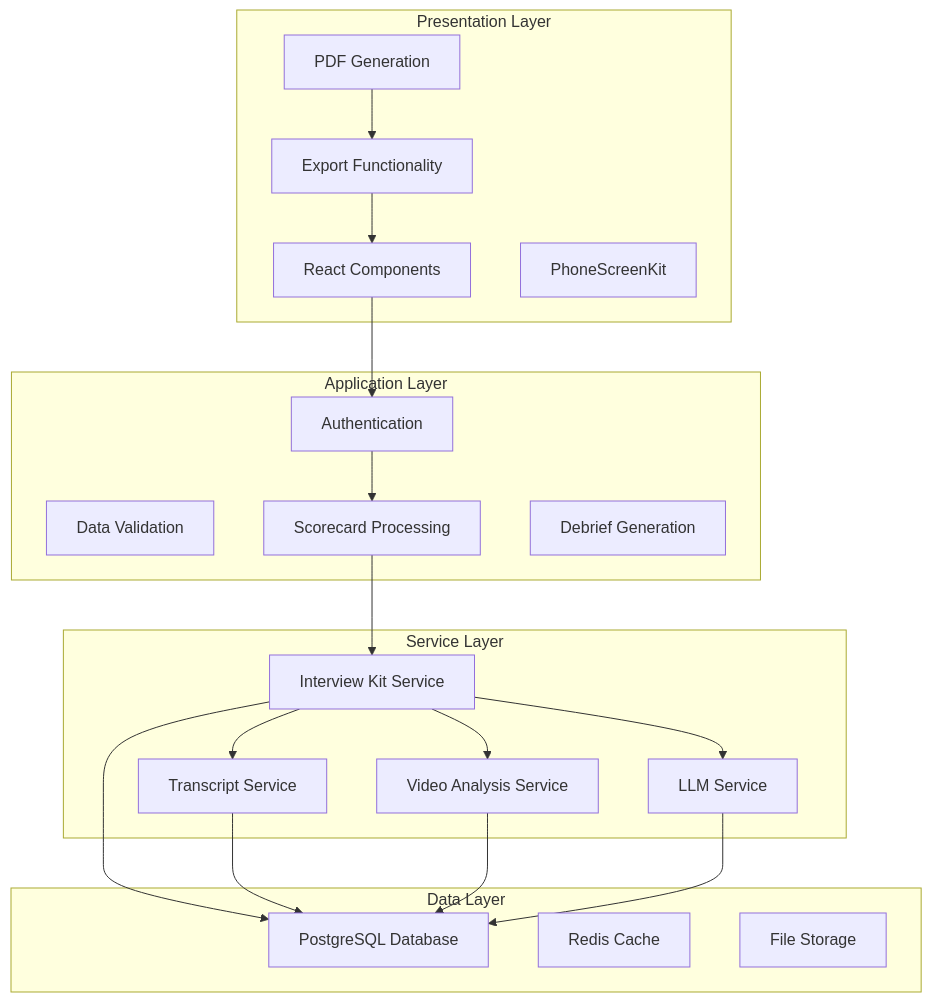
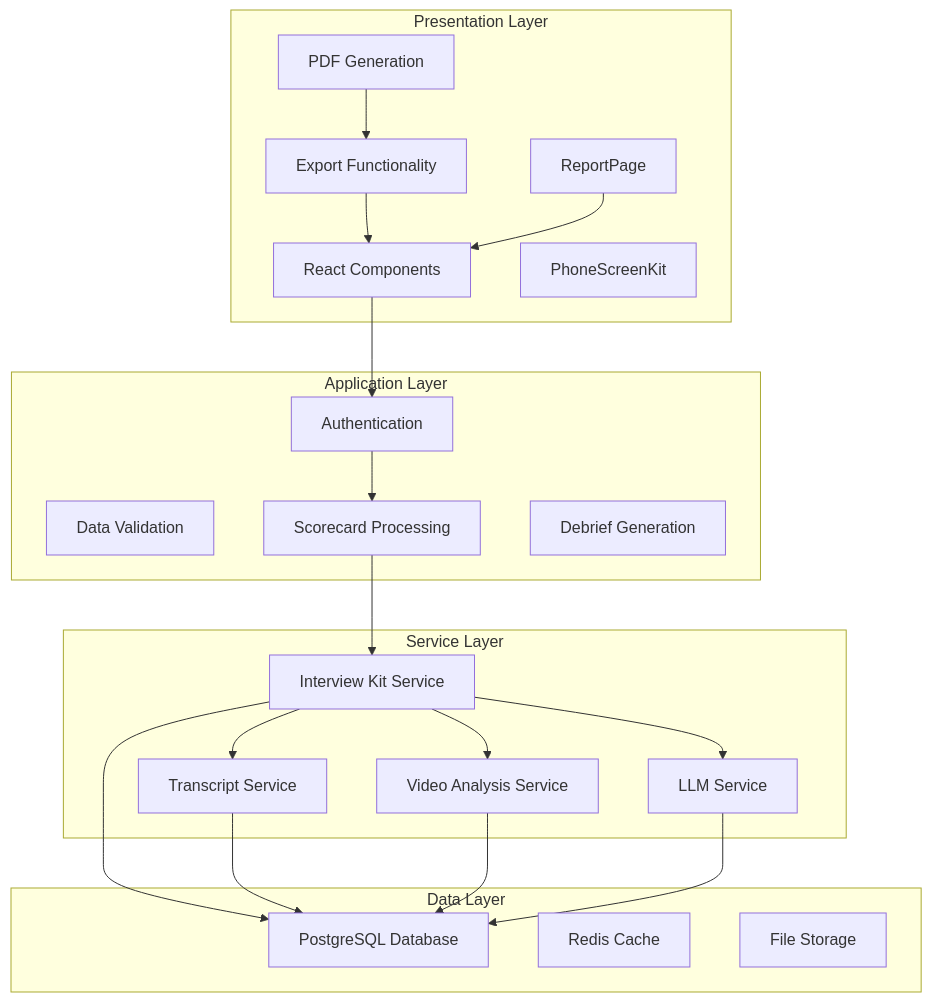
The third of 10 diagrams in .qoder/repowiki/en/content/Frontend Architecture/Component Library/Interview Scorecard Component.md (Revanththetalogics/aireume), drawn with Mermaid before and after one commit. The commit also changed other lines of this file and 69 other files, not shown here.

````diff
--- a/.qoder/repowiki/en/content/Frontend Architecture/Component Library/Interview Scorecard Component.md
+++ b/.qoder/repowiki/en/content/Frontend Architecture/Component Library/Interview Scorecard Component.md
@@ -182,38 +191,40 @@
 ```mermaid
 graph TB
 subgraph "Presentation Layer"
 UI[React Components]
 PDF[PDF Generation]
 Export[Export Functionality]
 PSK[PhoneScreenKit]
+RP[ReportPage]
 end
 subgraph "Application Layer"
 Auth[Authentication]
 Validation[Data Validation]
 Processing[Scorecard Processing]
 DebriefGen[Debrief Generation]
 end
 subgraph "Service Layer"
 InterviewKit[Interview Kit Service]
 TranscriptAnalysis[Transcript Service]
 VideoAnalysis[Video Analysis Service]
 LLMService[LLM Service]
 end
 subgraph "Data Layer"
 PostgreSQL[PostgreSQL Database]
 Redis[Redis Cache]
 FileStorage[File Storage]
 end
 UI --> Auth
 Auth --> Processing
 Processing --> InterviewKit
 InterviewKit --> TranscriptAnalysis
 InterviewKit --> VideoAnalysis
 InterviewKit --> LLMService
 InterviewKit --> PostgreSQL
 TranscriptAnalysis --> PostgreSQL
 VideoAnalysis --> PostgreSQL
 LLMService --> PostgreSQL
 PDF --> Export
 Export --> UI
+RP --> UI
 ```
````
